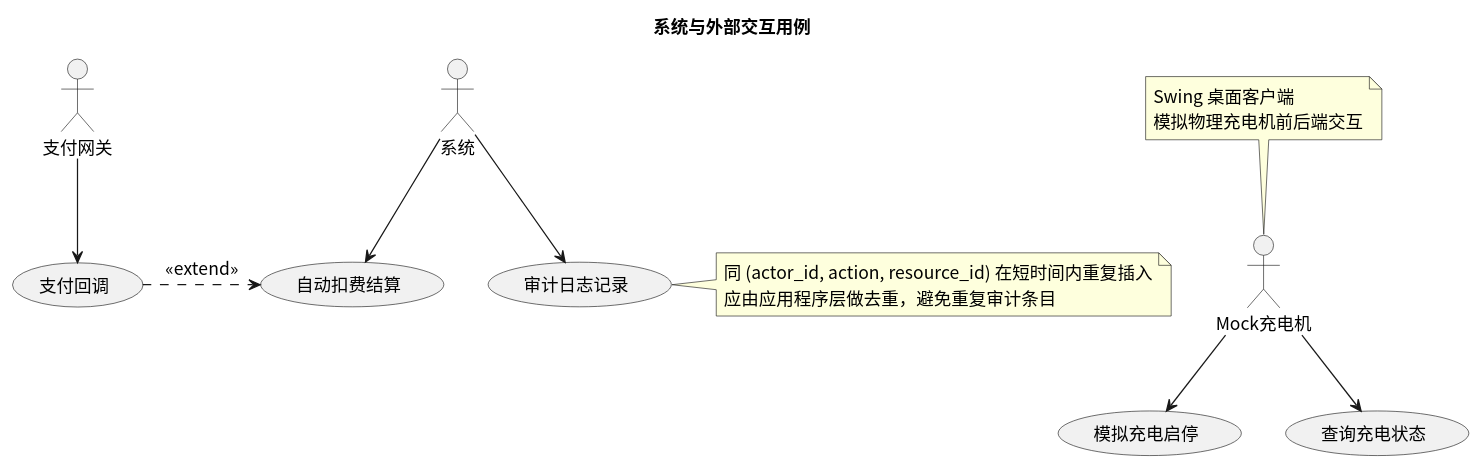
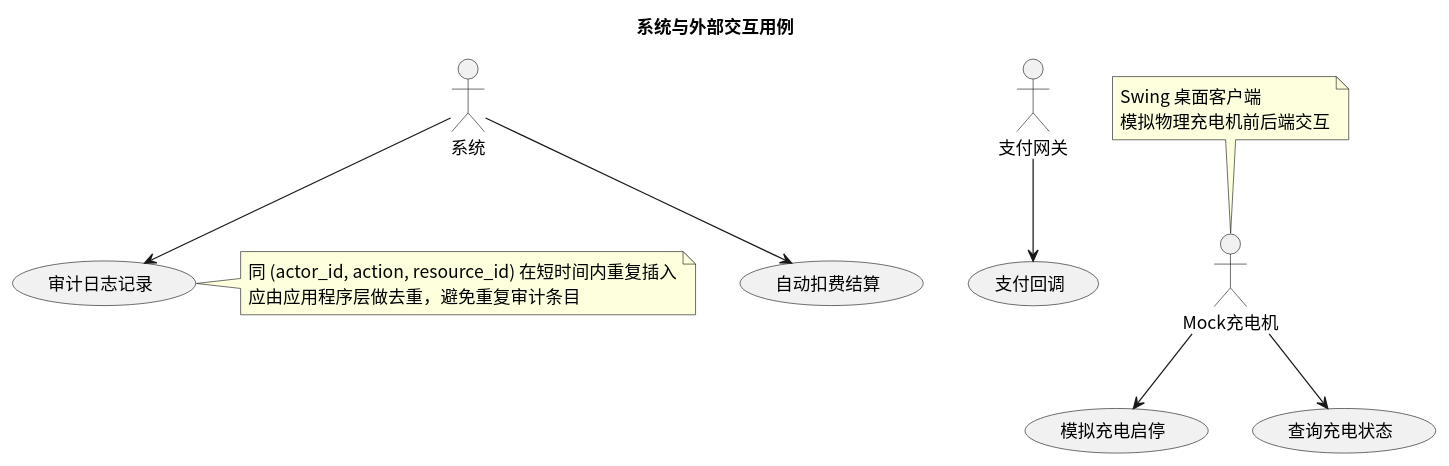
The diagram in usecase/docs/overview/src/external_usecases.puml (greenhandzdl/charging-station-doc), drawn with PlantUML before and after one commit. The commit also changed 18 other files, not shown here.

```diff
--- a/usecase/docs/overview/src/external_usecases.puml
+++ b/usecase/docs/overview/src/external_usecases.puml
@@ -1,27 +1,26 @@
 @startuml
 skinparam defaultFontName "Noto Sans CJK SC"
 skinparam defaultFontSize 14
 title 系统与外部交互用例
 skinparam useCaseShape rectangle
 
 actor "支付网关" as P
 actor "系统" as S
 actor "Mock充电机" as MC
 
 usecase "支付回调" as CB
 usecase "自动扣费结算" as AUTO
 usecase "审计日志记录" as AUDIT
 
 note right of AUDIT : 同 (actor_id, action, resource_id) 在短时间内重复插入\n应由应用程序层做去重，避免重复审计条目
 usecase "模拟充电启停" as MCS
 usecase "查询充电状态" as QC_CM
 
 P --> CB
 S --> AUTO
 S --> AUDIT
 MC --> MCS
 MC --> QC_CM
 note top of MC : Swing 桌面客户端\n模拟物理充电机前后端交互
 
-AUTO <.left. CB : <<extend>>
 @enduml
```
